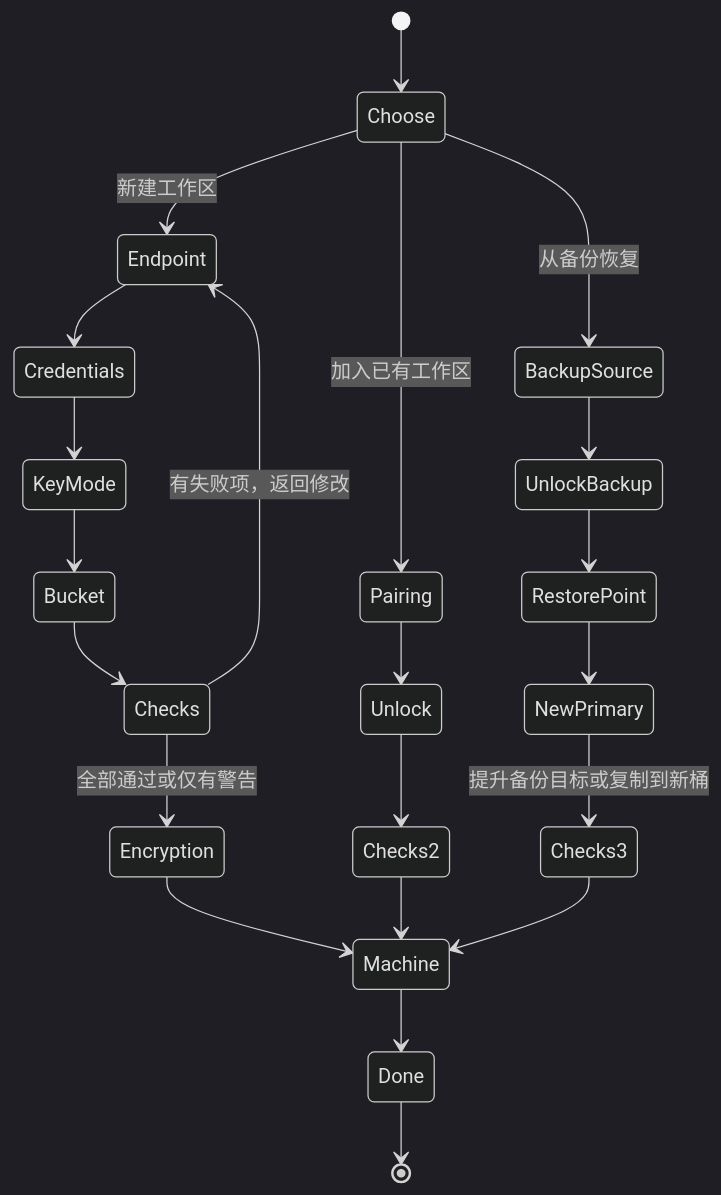
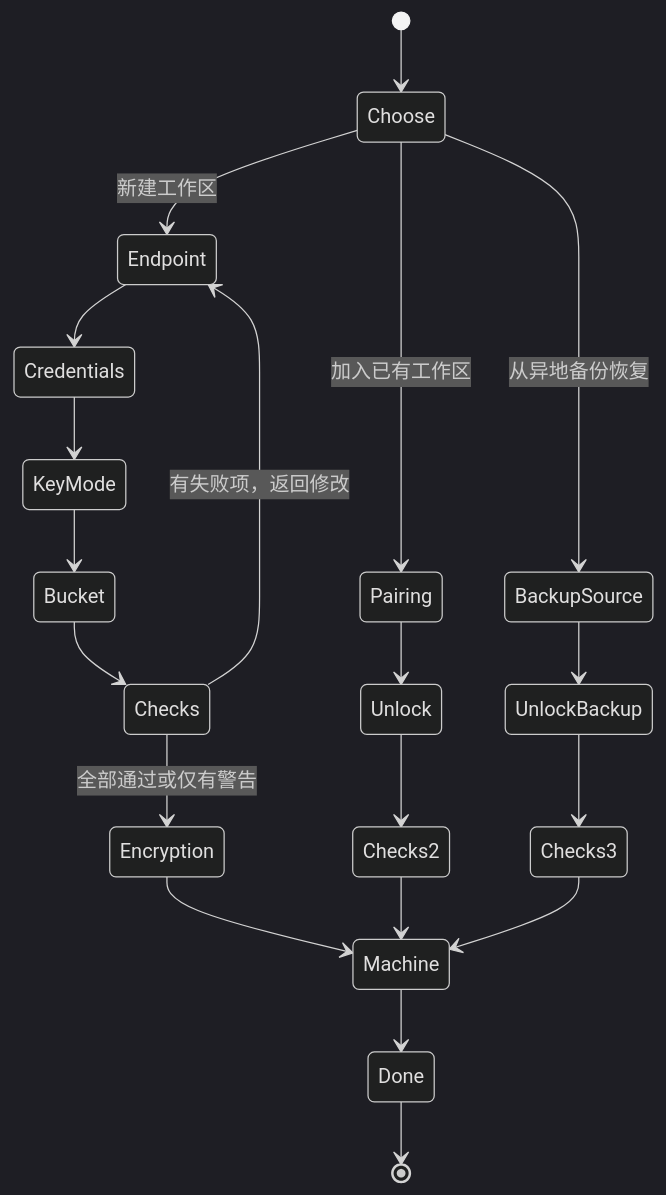
One commit to kverona-ai/workroam changed the third of 11 diagrams in docs/architecture.md. Above: the diagram before and after it, drawn with Mermaid (dark theme). The commit also changed other lines of this file and 8 other files, not shown here.

````diff
--- a/docs/architecture.md
+++ b/docs/architecture.md
@@ -395,24 +387,22 @@
 ```mermaid
 stateDiagram-v2
     [*] --> Choose
     Choose --> Endpoint: 新建工作区
     Choose --> Pairing: 加入已有工作区
-    Choose --> BackupSource: 从备份恢复
+    Choose --> BackupSource: 从异地备份恢复
     Endpoint --> Credentials
     Credentials --> KeyMode
     KeyMode --> Bucket
     Bucket --> Checks
     Checks --> Endpoint: 有失败项，返回修改
     Checks --> Encryption: 全部通过或仅有警告
     Encryption --> Machine
     Pairing --> Unlock
     Unlock --> Checks2
     Checks2 --> Machine
     BackupSource --> UnlockBackup
-    UnlockBackup --> RestorePoint
-    RestorePoint --> NewPrimary
-    NewPrimary --> Checks3: 提升备份目标或复制到新桶
+    UnlockBackup --> Checks3
     Checks3 --> Machine
     Machine --> Done
     Done --> [*]
 ```
````
